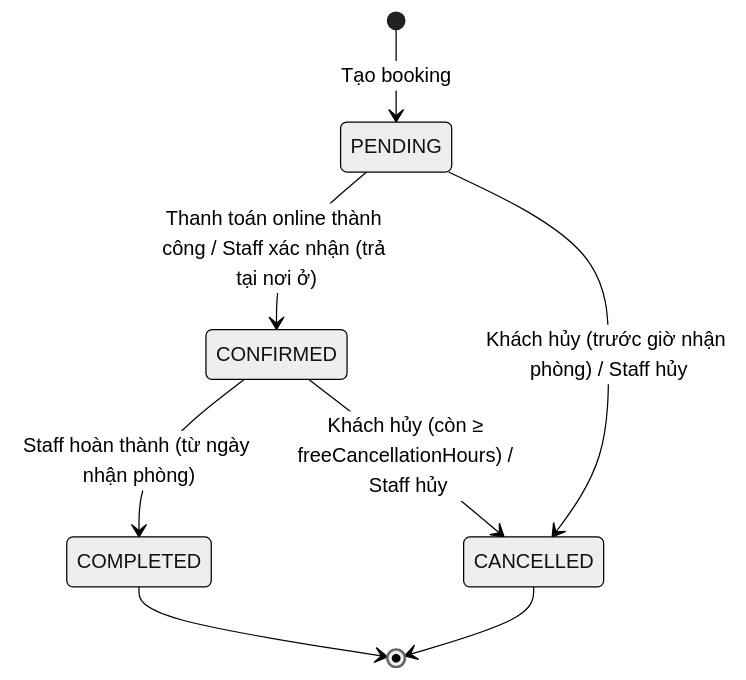
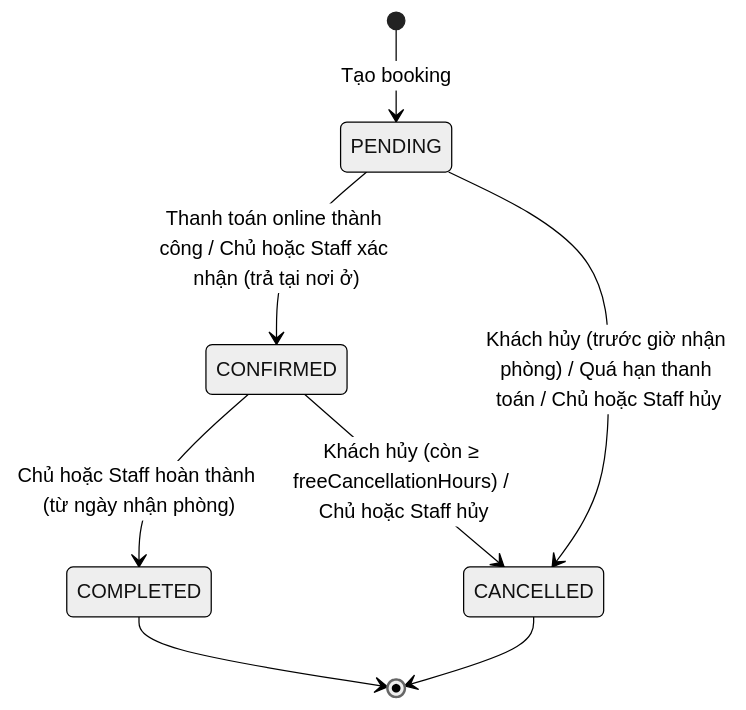
One commit to DangKhoa902/Mobile-Project-Travelling-App changed the second of 2 diagrams in docs/02-thiet-ke/co-so-du-lieu.md. Above: the diagram before and after it, drawn with Mermaid (neutral theme). The commit also changed other lines of this file and 58 other files, not shown here.

````diff
--- a/docs/02-thiet-ke/co-so-du-lieu.md
+++ b/docs/02-thiet-ke/co-so-du-lieu.md
@@ -405,10 +451,10 @@
 ```mermaid
 stateDiagram-v2
     [*] --> PENDING: Tạo booking
-    PENDING --> CONFIRMED: Thanh toán online thành công / Staff xác nhận (trả tại nơi ở)
-    PENDING --> CANCELLED: Khách hủy (trước giờ nhận phòng) / Staff hủy
-    CONFIRMED --> COMPLETED: Staff hoàn thành (từ ngày nhận phòng)
-    CONFIRMED --> CANCELLED: Khách hủy (còn ≥ freeCancellationHours) / Staff hủy
+    PENDING --> CONFIRMED: Thanh toán online thành công / Chủ hoặc Staff xác nhận (trả tại nơi ở)
+    PENDING --> CANCELLED: Khách hủy (trước giờ nhận phòng) / Quá hạn thanh toán / Chủ hoặc Staff hủy
+    CONFIRMED --> COMPLETED: Chủ hoặc Staff hoàn thành (từ ngày nhận phòng)
+    CONFIRMED --> CANCELLED: Khách hủy (còn ≥ freeCancellationHours) / Chủ hoặc Staff hủy
     COMPLETED --> [*]
     CANCELLED --> [*]
 ```
````
